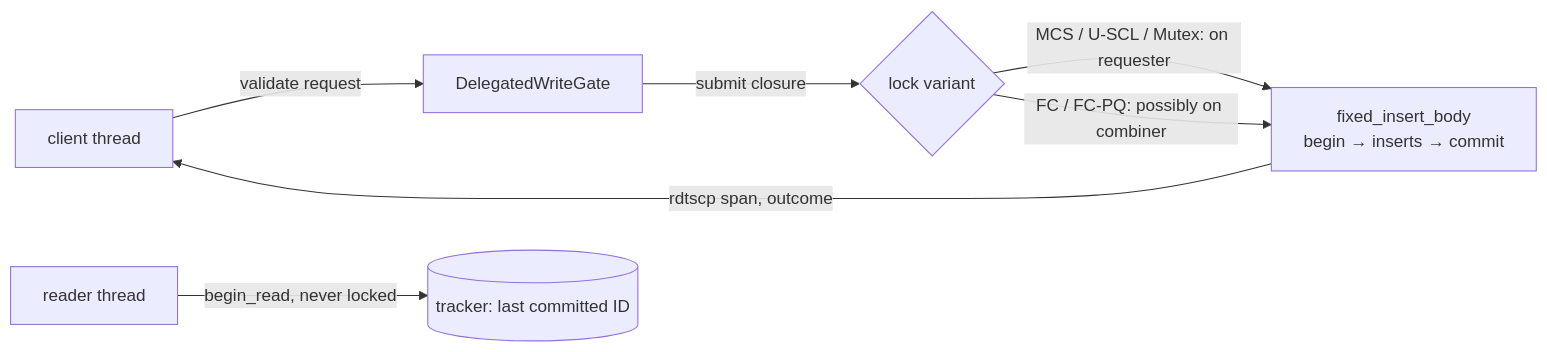
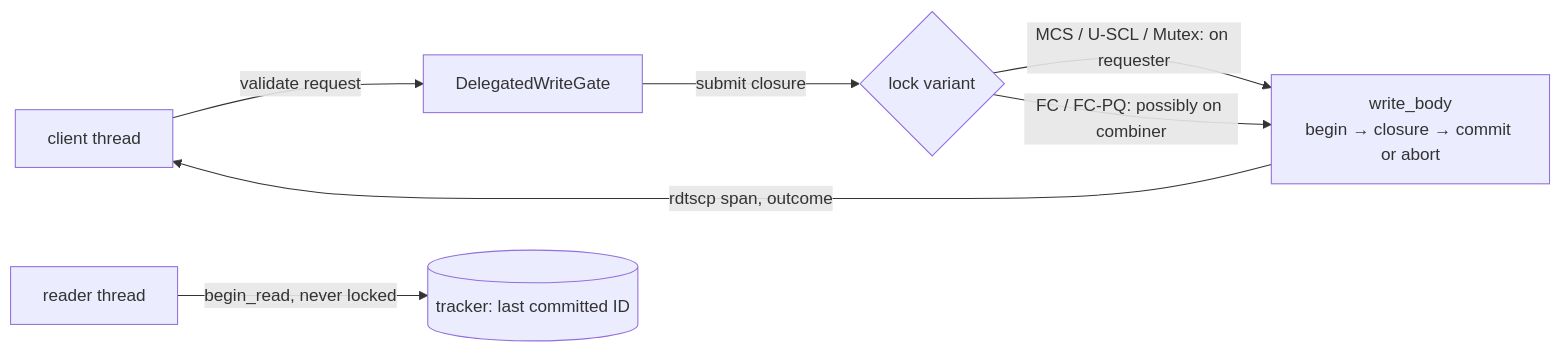
The diagram in docs/reports/2026-09-29-delegation-in-databases.md (taooceros/Locks), drawn with Mermaid before and after one commit. The commit also changed other lines of this file and 13 other files, not shown here.

First line of the commit message:
redb: closure-style delegated write API

````diff
--- a/docs/reports/2026-09-29-delegation-in-databases.md
+++ b/docs/reports/2026-09-29-delegation-in-databases.md
@@ -226,9 +232,9 @@
 ```mermaid
 flowchart LR
   C[client thread] -->|validate request| G[DelegatedWriteGate]
   G -->|submit closure| L{lock variant}
-  L -->|MCS / U-SCL / Mutex: on requester| B[fixed_insert_body<br/>begin → inserts → commit]
+  L -->|MCS / U-SCL / Mutex: on requester| B[write_body<br/>begin → closure → commit or abort]
   L -->|FC / FC-PQ: possibly on combiner| B
   B -->|rdtscp span, outcome| C
   R[reader thread] -->|begin_read, never locked| T[(tracker: last committed ID)]
 ```
````
